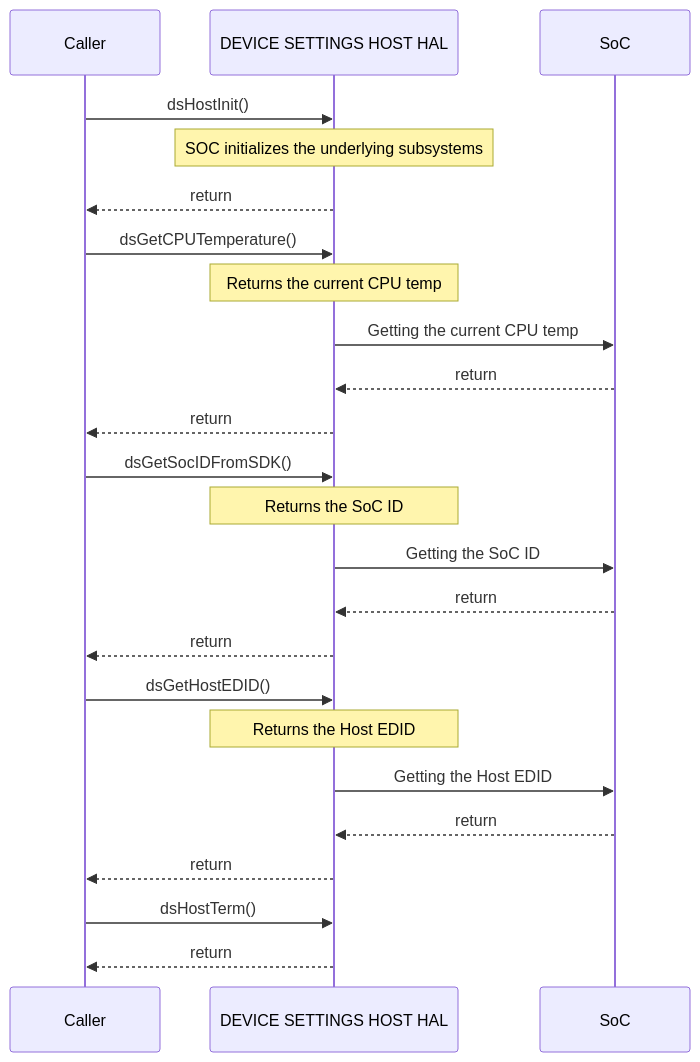
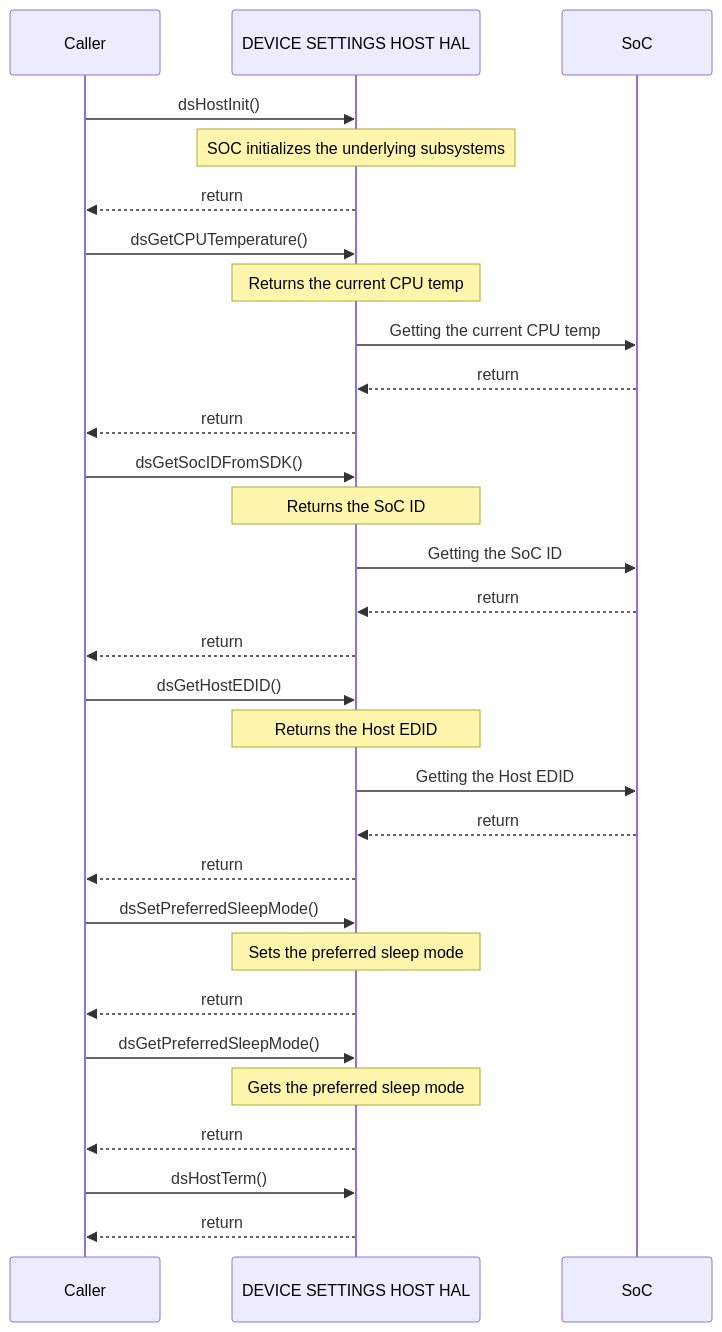
The second of 2 diagrams in docs/pages/dsHost_halSpec.md (rdkcentral/rdk-halif-device_settings), drawn with Mermaid before and after one commit. The commit also changed other lines of this file and 2 other files, not shown here.

Commit message:
RDK-43735 - Provide documentation for component "DS Host HAL"
Reason for change:
Documentation Update for dsHost_halSpec.md and dsHost.h Test Procedure: None
Risks: Low
Priority: P1

````diff
--- a/docs/pages/dsHost_halSpec.md
+++ b/docs/pages/dsHost_halSpec.md
@@ -165,27 +167,33 @@
 ```mermaid
 %%{ init : { "theme" : "default", "flowchart" : { "curve" : "stepBefore" }}}%%
    sequenceDiagram
     participant Caller as Caller
     participant HAL as DEVICE SETTINGS HOST HAL
     participant Driver as SoC
     Caller->>HAL:dsHostInit()
     Note over HAL: SOC initializes the underlying subsystems
     HAL-->>Caller:return
     Caller->>HAL:dsGetCPUTemperature()
     Note over HAL: Returns the current CPU temp
     HAL->>Driver:Getting the current CPU temp
     Driver-->>HAL:return
     HAL-->>Caller:return
     Caller->>HAL:dsGetSocIDFromSDK()
     Note over HAL: Returns the SoC ID
     HAL->>Driver:Getting the SoC ID
     Driver-->>HAL:return
     HAL-->>Caller:return
     Caller->>HAL:dsGetHostEDID()
     Note over HAL: Returns the Host EDID
     HAL->>Driver:Getting the Host EDID
     Driver-->>HAL:return
     HAL-->>Caller:return
+    Caller ->>HAL:dsSetPreferredSleepMode()
+    Note over HAL: Sets the preferred sleep mode
+    HAL-->>Caller:return
+    Caller ->>HAL:dsGetPreferredSleepMode()
+    Note over HAL: Gets the preferred sleep mode
+    HAL-->>Caller:return
     Caller ->>HAL:dsHostTerm()
     HAL-->>Caller:return
  ```
````
